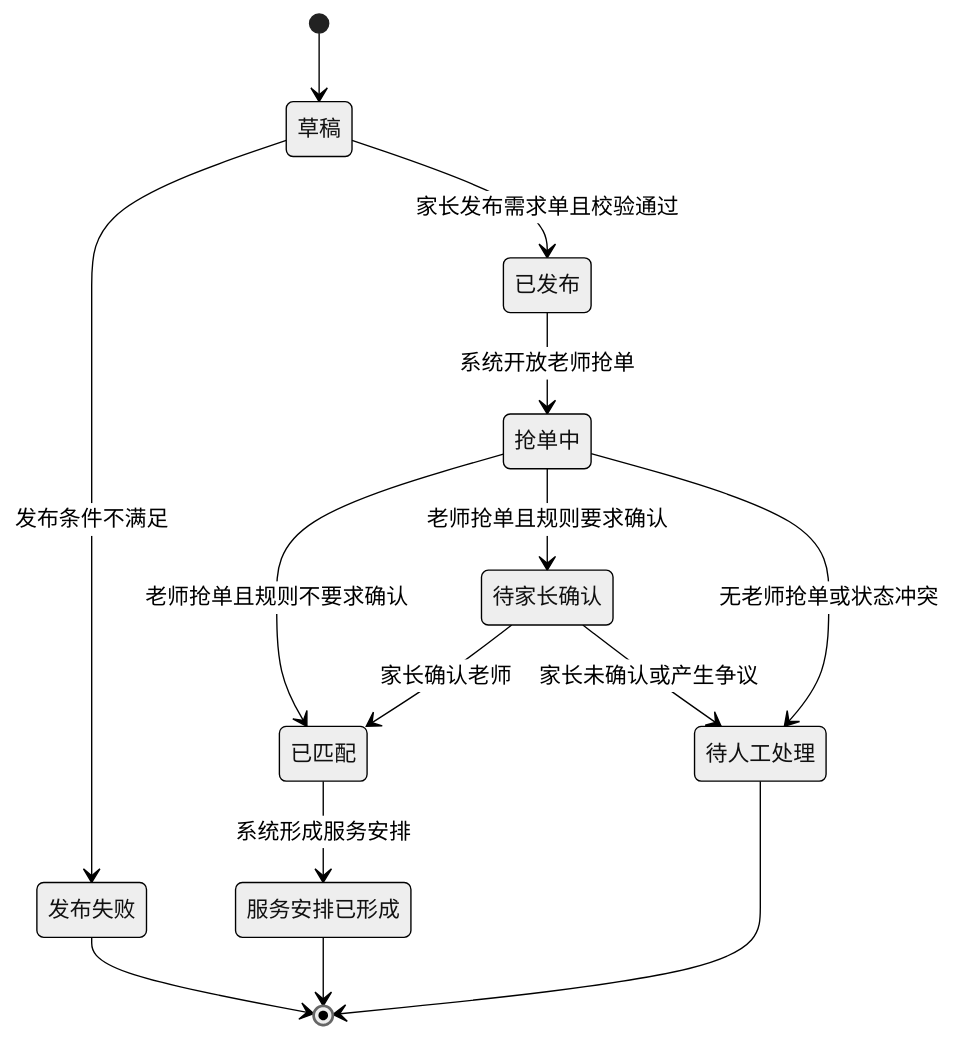
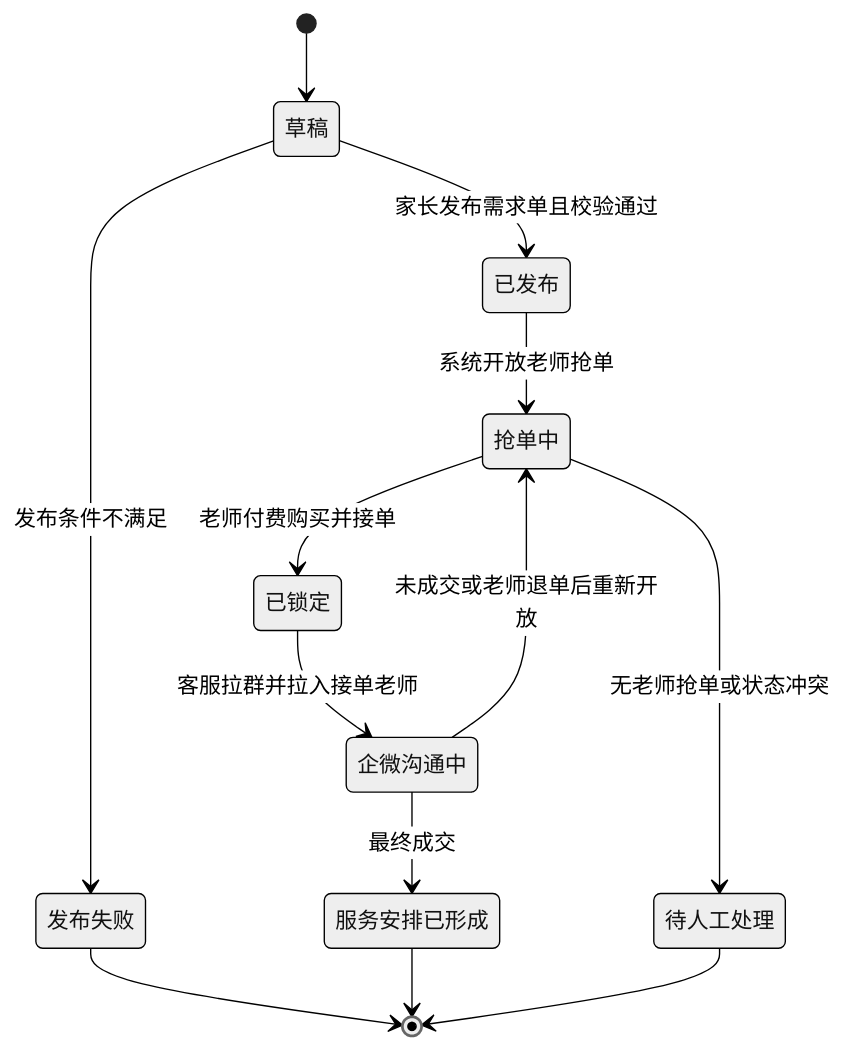
Before and after one commit to xyf394175606-arch/yzb: the third of 5 diagrams in 06_业务流程/业务流程_领榜教育C2C流程_v1_20260603.md, drawn with Mermaid (neutral theme). The commit also changed other lines of this file and 6 other files, not shown here.

````diff
--- a/06_业务流程/业务流程_领榜教育C2C流程_v1_20260603.md
+++ b/06_业务流程/业务流程_领榜教育C2C流程_v1_20260603.md
@@ -222,16 +245,15 @@
 ```mermaid
 stateDiagram-v2
   [*] --> 草稿
   草稿 --> 已发布: 家长发布需求单且校验通过
   草稿 --> 发布失败: 发布条件不满足
   已发布 --> 抢单中: 系统开放老师抢单
-  抢单中 --> 待家长确认: 老师抢单且规则要求确认
-  抢单中 --> 已匹配: 老师抢单且规则不要求确认
-  待家长确认 --> 已匹配: 家长确认老师
-  待家长确认 --> 待人工处理: 家长未确认或产生争议
-  已匹配 --> 服务安排已形成: 系统形成服务安排
+  抢单中 --> 已锁定: 老师付费购买并接单
+  已锁定 --> 企微沟通中: 客服拉群并拉入接单老师
+  企微沟通中 --> 服务安排已形成: 最终成交
+  企微沟通中 --> 抢单中: 未成交或老师退单后重新开放
   抢单中 --> 待人工处理: 无老师抢单或状态冲突
   发布失败 --> [*]
   服务安排已形成 --> [*]
   待人工处理 --> [*]
 ```
````
